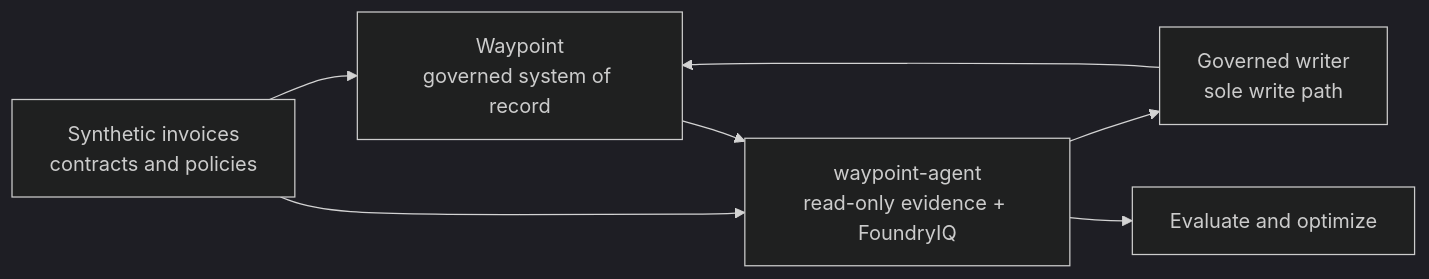
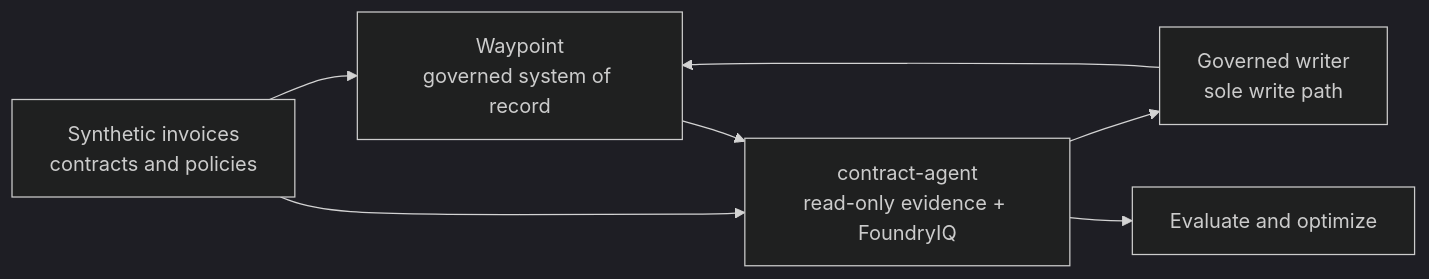
Before and after one commit to caldova/waypoint: the diagram in README.md, drawn with Mermaid (dark theme). The commit also changed other lines of this file and 40 other files, not shown here.

First line of the commit message:
refactor(agents): rename to contract-agent and flatten the module layout

````diff
--- a/README.md
+++ b/README.md
@@ -194,15 +194,15 @@
 ```mermaid
 flowchart LR
     Corpus[Synthetic invoices<br/>contracts and policies]
     App[Waypoint<br/>governed system of record]
-    Agent[waypoint-agent<br/>read-only evidence + FoundryIQ]
+    Agent[contract-agent<br/>read-only evidence + FoundryIQ]
     Writer[Governed writer<br/>sole write path]
     Evals[Evaluate and optimize]
 
     Corpus --> App
     Corpus --> Agent
     App --> Agent
     Agent --> Writer
     Writer --> App
     Agent --> Evals
 ```
````
